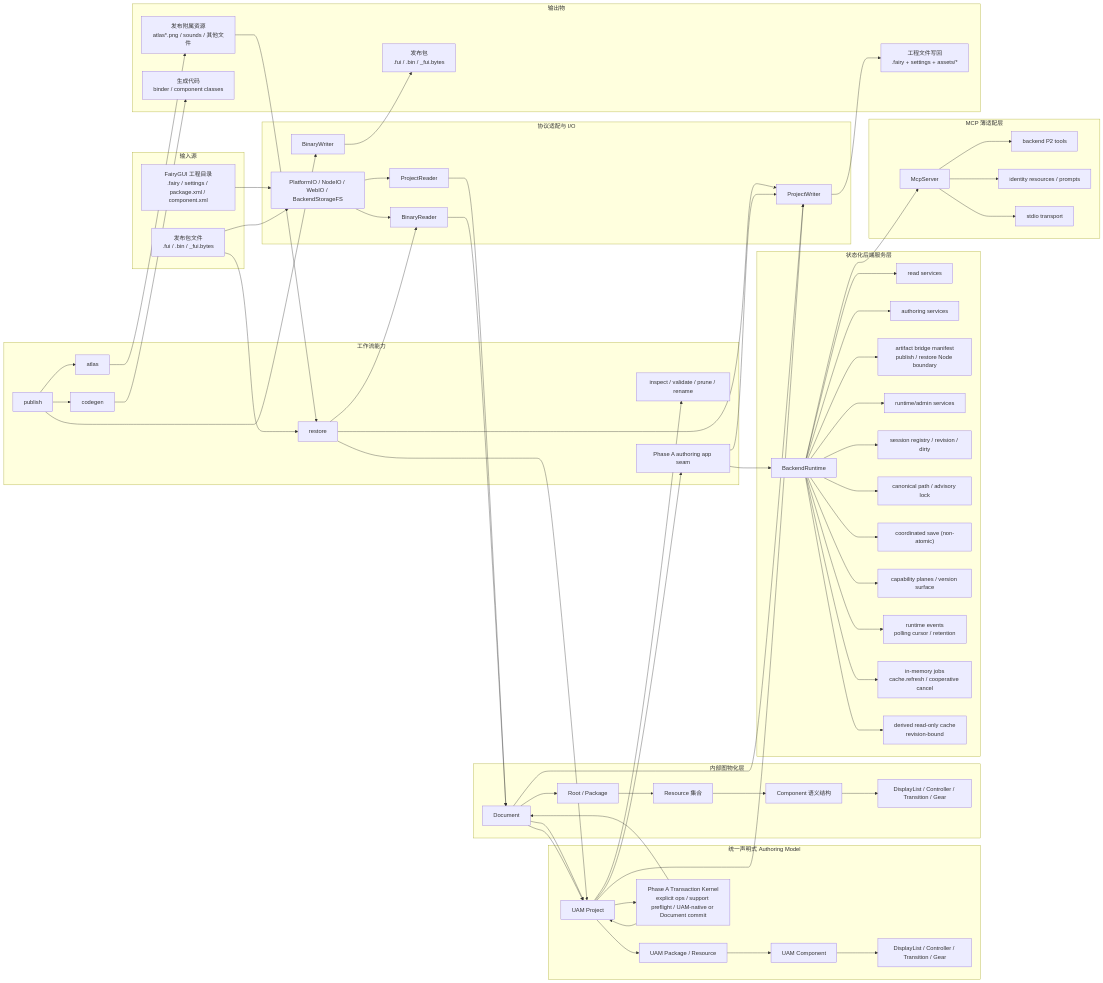
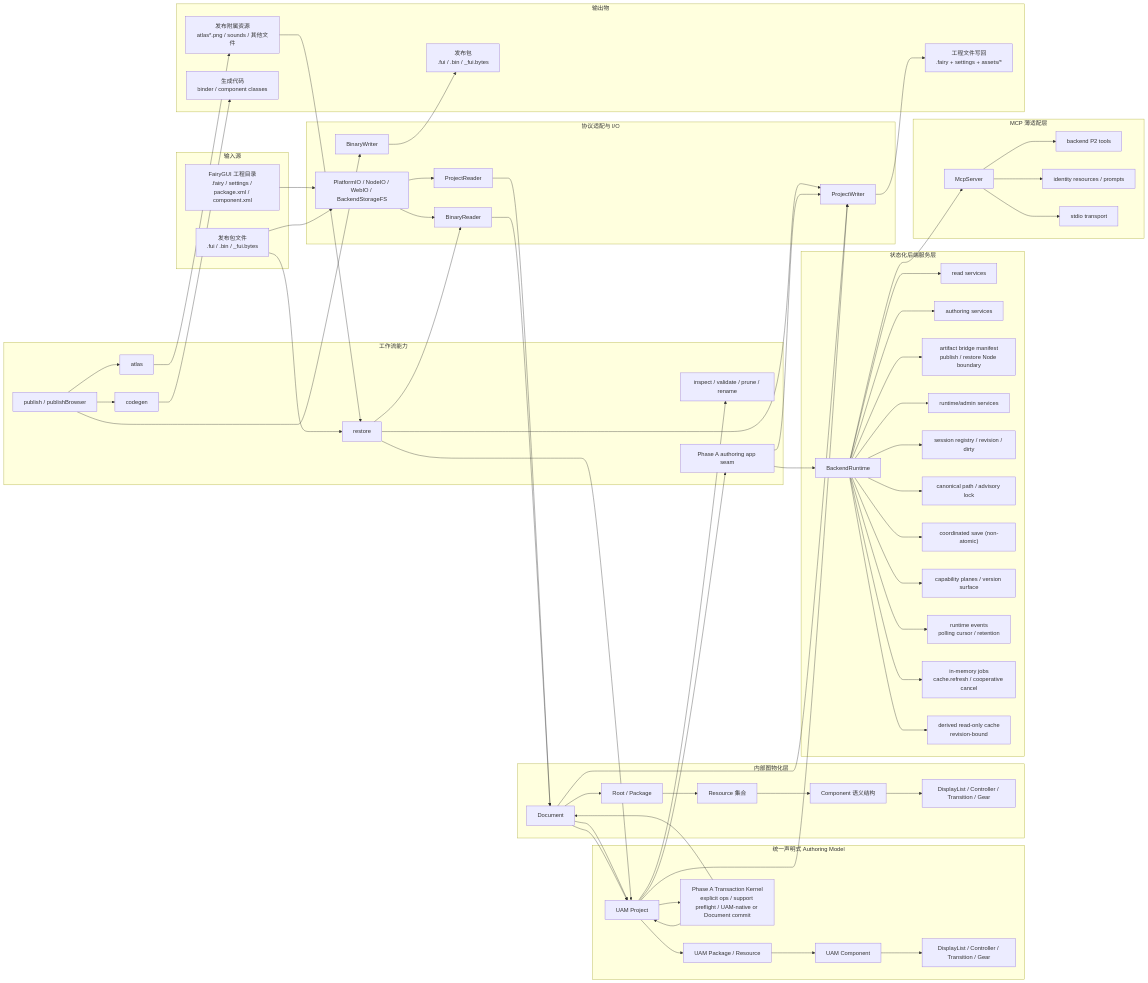
The first of 2 diagrams in docs/architecture-overview.md (OpenFairyGUI/OpenFairyGUI), drawn with Mermaid before and after one commit. The commit also changed other lines of this file and 10 other files, not shown here.

Commit message:
feat: add browser-safe LayaBox publish

```diff
--- a/docs/architecture-overview.md
+++ b/docs/architecture-overview.md
@@ -43,7 +43,7 @@
     subgraph WF["工作流能力"]
         OPS["inspect / validate / prune / rename"]
         APP["Phase A authoring app seam"]
-        PUB["publish"]
+        PUB["publish / publishBrowser"]
         RST["restore"]
         ATLAS["atlas"]
         CG["codegen"]
```
